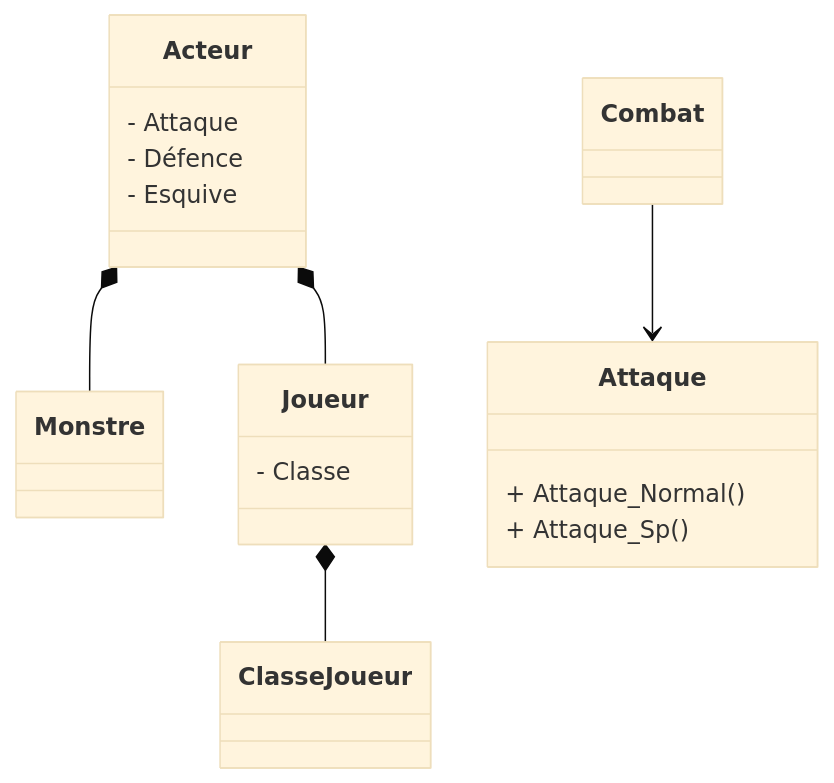
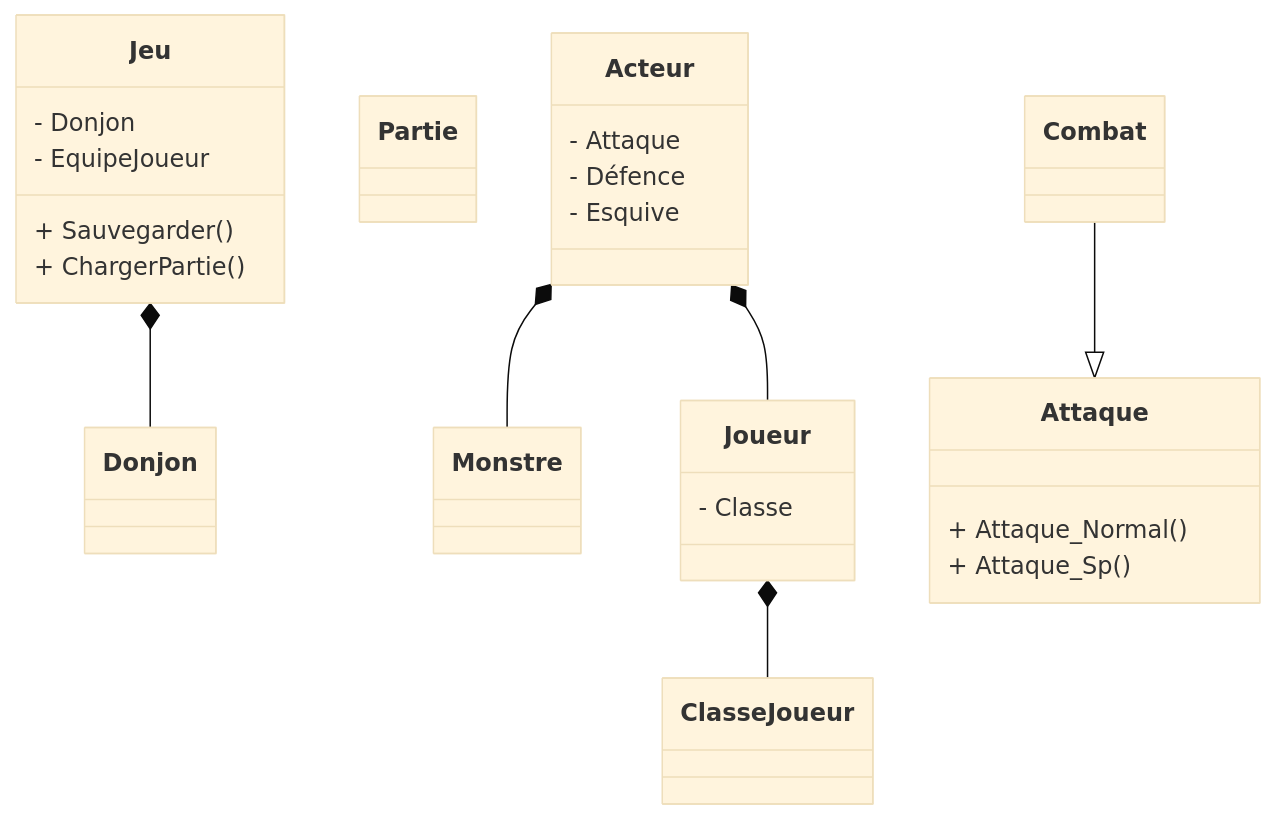
The first of 2 diagrams in README.md (1848857Cegepoutaouais/Projet_WinUI_CombatDonjon), drawn with Mermaid (base theme) before and after one commit. The commit also changed other lines of this file and 539 other files, not shown here.

````diff
--- a/README.md
+++ b/README.md
@@ -11,36 +11,51 @@
 ```mermaid
 classDiagram
+	class Jeu {
+		- Donjon
+		- EquipeJoueur
+		+ Sauvegarder()
+		+ ChargerPartie()
+	}
+
+	class Partie {
+
+	}
+
+	class Donjon {
+		
+	}
+
 	class Monstre {
 	
 	}
 
 	class Joueur {
 	- Classe
 	}
 
 	class Acteur {
 	- Attaque
 	- Défence
 	- Esquive
 	}
 
 	class ClasseJoueur {
 
 	}
 
 	class Combat {
 
 	}
 
 	class Attaque {
 	+ Attaque_Normal()
 	+ Attaque_Sp()
 	}
 
 
-
+	Jeu *-- Donjon
 	Acteur *-- Joueur
 	Acteur *-- Monstre
 	Joueur *-- ClasseJoueur
-	Combat --> Attaque
+	Combat --|> Attaque
 ```
````
